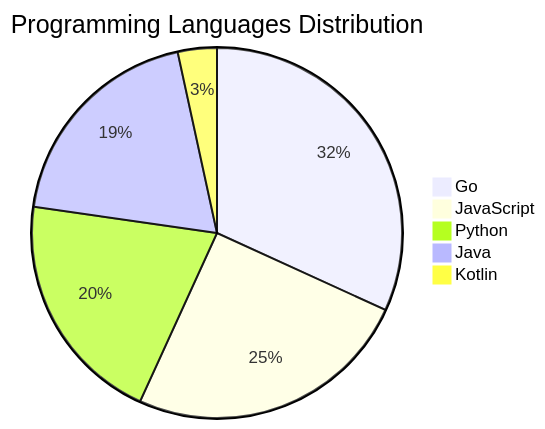
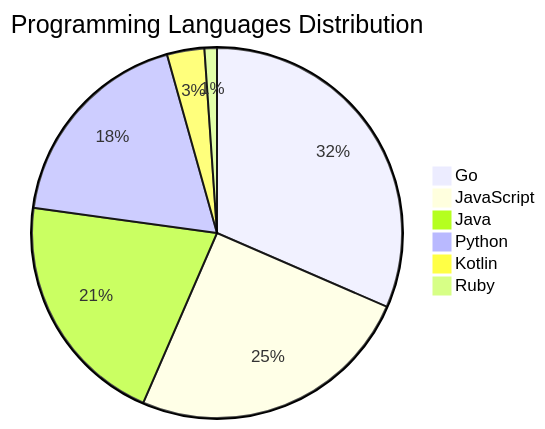
Before and after one commit to Derrick-MUGISHA/github-activity-bot: the diagram in README.md, drawn with Mermaid. The commit also changed other lines of this file and 3 other files, not shown here.

````diff
--- a/README.md
+++ b/README.md
@@ -71,8 +72,9 @@
 ```mermaid
 pie title Programming Languages Distribution
-    "Go" : 28
-    "JavaScript" : 22
-    "Python" : 18
-    "Java" : 17
+    "Go" : 29
+    "JavaScript" : 23
+    "Java" : 19
+    "Python" : 17
     "Kotlin" : 3
+    "Ruby" : 1
 ```
````
